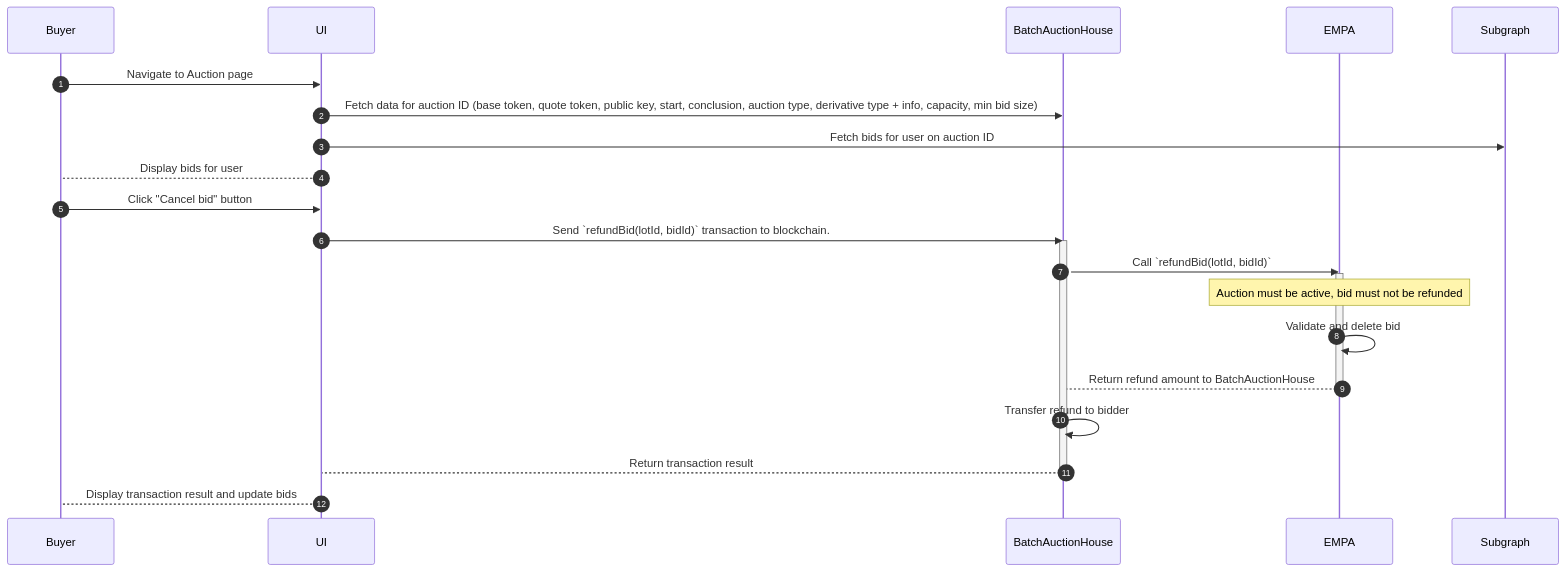
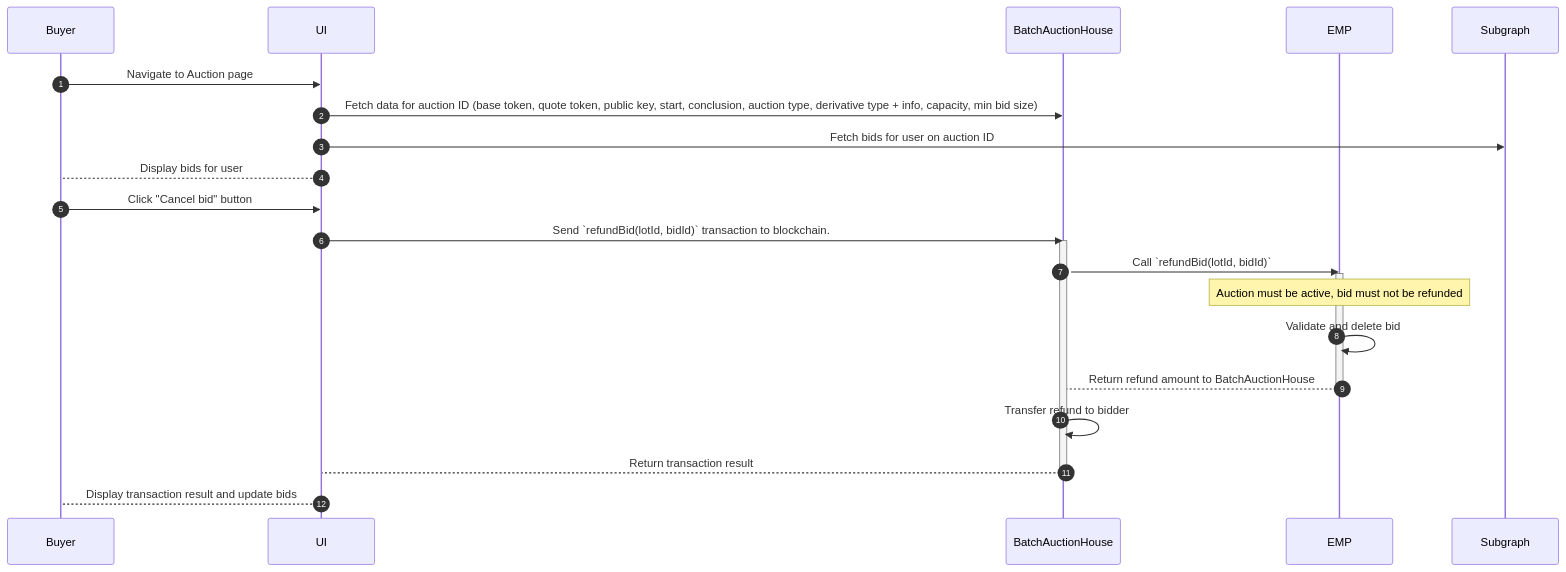
One commit to Axis-Fi/axis-core changed the third of 9 diagrams in design/EMPA.md. Above: the diagram before and after it, drawn with Mermaid. The commit also changed other lines of this file and 1 other file, not shown here.

````diff
--- a/design/EMPA.md
+++ b/design/EMPA.md
@@ -192,27 +198,27 @@
 ```mermaid
 sequenceDiagram
   autoNumber
   participant Buyer
   participant UI
   participant BatchAuctionHouse
-  participant EMPA
+  participant EMP
   participant Subgraph
 
   Buyer->>UI: Navigate to Auction page
   UI->>BatchAuctionHouse: Fetch data for auction ID (base token, quote token, public key, start, conclusion, auction type, derivative type + info, capacity, min bid size)
   UI->>Subgraph: Fetch bids for user on auction ID
   UI-->Buyer: Display bids for user
   Buyer->>UI: Click "Cancel bid" button
   UI->>BatchAuctionHouse: Send `refundBid(lotId, bidId)` transaction to blockchain.
   activate BatchAuctionHouse
-    BatchAuctionHouse->>EMPA: Call `refundBid(lotId, bidId)`
-    activate EMPA
-        Note over EMPA: Auction must be active, bid must not be refunded
-        EMPA->>EMPA: Validate and delete bid
-        EMPA-->BatchAuctionHouse: Return refund amount to BatchAuctionHouse
-    deactivate EMPA
+    BatchAuctionHouse->>EMP: Call `refundBid(lotId, bidId)`
+    activate EMP
+        Note over EMP: Auction must be active, bid must not be refunded
+        EMP->>EMP: Validate and delete bid
+        EMP-->BatchAuctionHouse: Return refund amount to BatchAuctionHouse
+    deactivate EMP
     BatchAuctionHouse->>BatchAuctionHouse: Transfer refund to bidder
     BatchAuctionHouse-->UI: Return transaction result
   deactivate BatchAuctionHouse
   UI-->Buyer: Display transaction result and update bids
 ```
````
